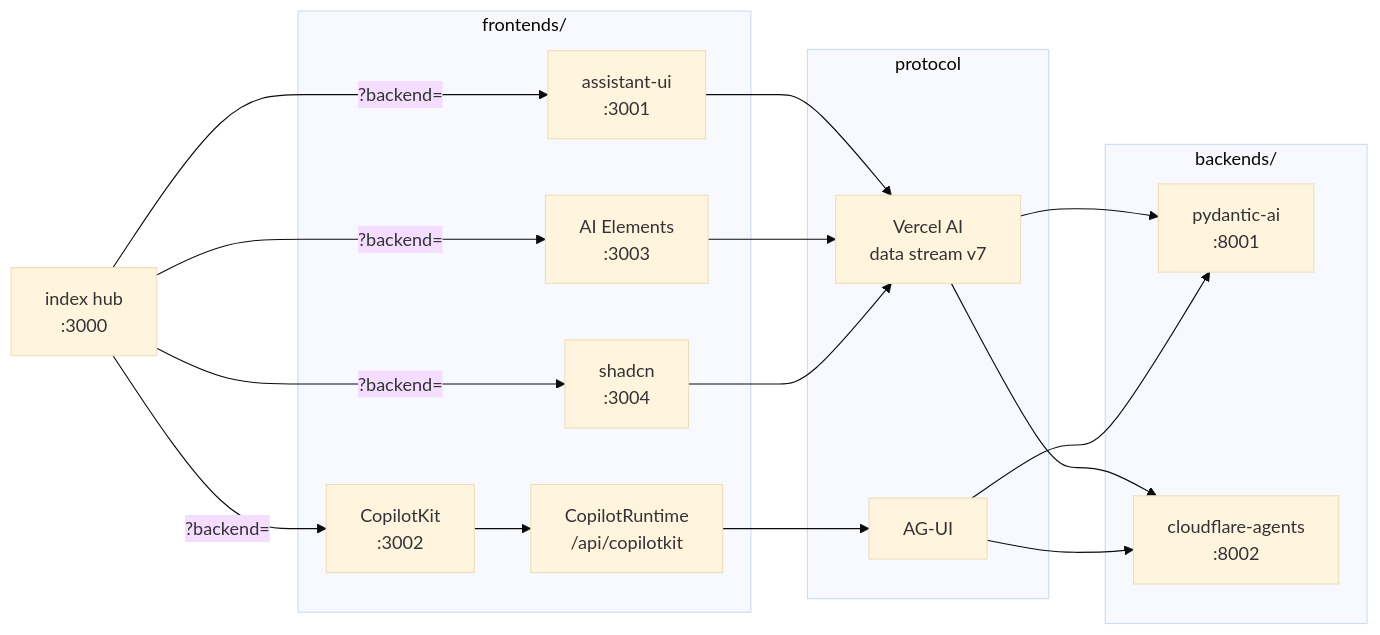
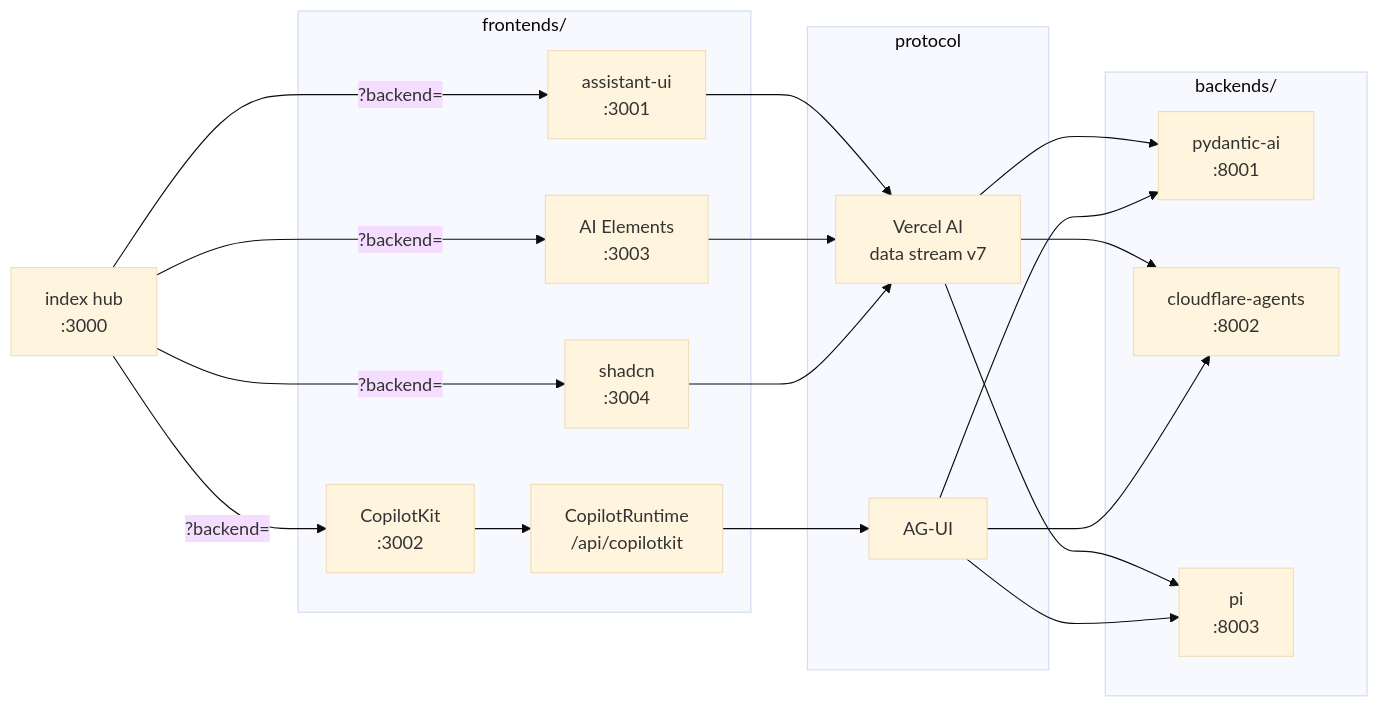
The first of 2 diagrams in docs/architecture.md (fairchild/chat-matrix), drawn with Mermaid (base theme) before and after one commit. The commit also changed other lines of this file and 17 other files, not shown here.

````diff
--- a/docs/architecture.md
+++ b/docs/architecture.md
@@ -33,31 +33,34 @@
 ```mermaid
 flowchart LR
   H["index hub<br/>:3000"]
   subgraph F["frontends/"]
     A1["assistant-ui<br/>:3001"]
     A2["CopilotKit<br/>:3002"]
     A2R["CopilotRuntime<br/>/api/copilotkit"]
     A3["AI Elements<br/>:3003"]
     A4["shadcn<br/>:3004"]
   end
   subgraph P["protocol"]
     P1["Vercel AI<br/>data stream v7"]
     P2["AG-UI"]
   end
   subgraph B["backends/"]
     B1["pydantic-ai<br/>:8001"]
     B2["cloudflare-agents<br/>:8002"]
+    B3["pi<br/>:8003"]
   end
 
   H -->|"?backend="| A1 & A2 & A3 & A4
   A1 --> P1
   A3 --> P1
   A4 --> P1
   A2 --> A2R
   A2R --> P2
   P1 --> B1
   P2 --> B1
   P1 --> B2
   P2 --> B2
+  P1 --> B3
+  P2 --> B3
 
 ```
````
